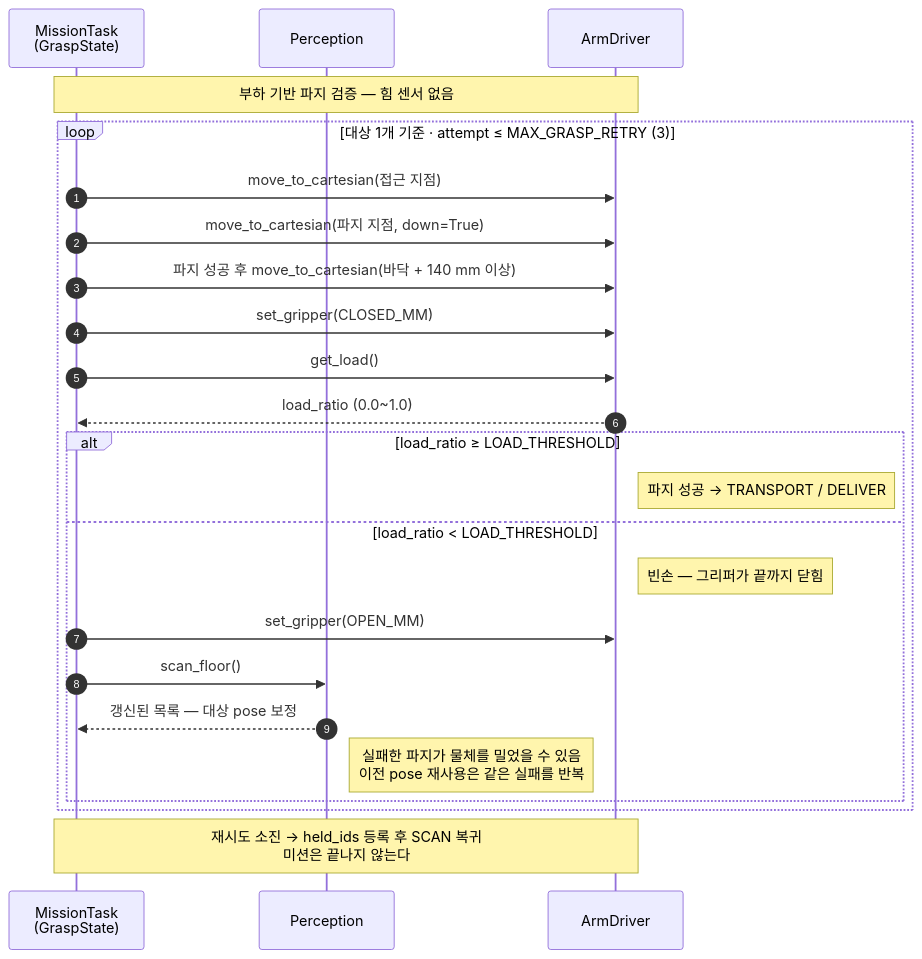
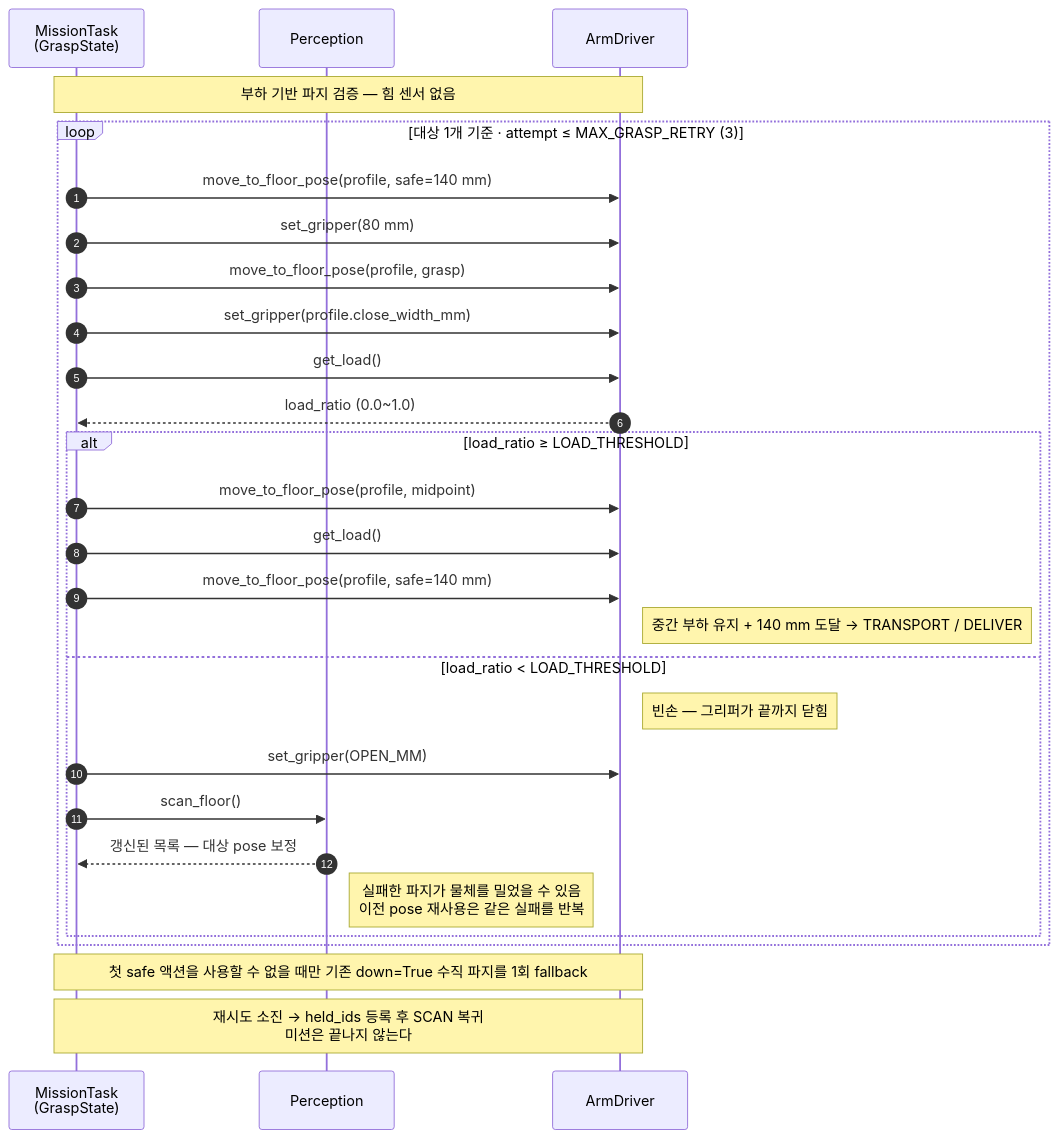
One commit to grippers-intel/grippers changed the second of 5 diagrams in docs/design/sequences.md. Above: the diagram before and after it, drawn with Mermaid. The commit also changed 14 other files, not shown here.

````diff
--- a/docs/design/sequences.md
+++ b/docs/design/sequences.md
@@ -96,30 +96,35 @@
 ```mermaid
 sequenceDiagram
     autonumber
     participant T as MissionTask<br/>(GraspState)
     participant P as Perception
     participant A as ArmDriver
 
     Note over T,A: 부하 기반 파지 검증 — 힘 센서 없음
 
     loop 대상 1개 기준 · attempt ≤ MAX_GRASP_RETRY (3)
-        T->>A: move_to_cartesian(접근 지점)
-        T->>A: move_to_cartesian(파지 지점, down=True)
-        T->>A: 파지 성공 후 move_to_cartesian(바닥 + 140 mm 이상)
-        T->>A: set_gripper(CLOSED_MM)
+        T->>A: move_to_floor_pose(profile, safe=140 mm)
+        T->>A: set_gripper(80 mm)
+        T->>A: move_to_floor_pose(profile, grasp)
+        T->>A: set_gripper(profile.close_width_mm)
         T->>A: get_load()
         A-->>T: load_ratio (0.0~1.0)
 
         alt load_ratio ≥ LOAD_THRESHOLD
-            Note right of A: 파지 성공 → TRANSPORT / DELIVER
+            T->>A: move_to_floor_pose(profile, midpoint)
+            T->>A: get_load()
+            T->>A: move_to_floor_pose(profile, safe=140 mm)
+            Note right of A: 중간 부하 유지 + 140 mm 도달 → TRANSPORT / DELIVER
         else load_ratio < LOAD_THRESHOLD
             Note right of A: 빈손 — 그리퍼가 끝까지 닫힘
             T->>A: set_gripper(OPEN_MM)
             T->>P: scan_floor()
             P-->>T: 갱신된 목록 — 대상 pose 보정
             Note right of P: 실패한 파지가 물체를 밀었을 수 있음<br/>이전 pose 재사용은 같은 실패를 반복
         end
     end
 
+    Note over T,A: 첫 safe 액션을 사용할 수 없을 때만 기존 down=True 수직 파지를 1회 fallback
+
     Note over T,A: 재시도 소진 → held_ids 등록 후 SCAN 복귀<br/>미션은 끝나지 않는다
 ```
````
